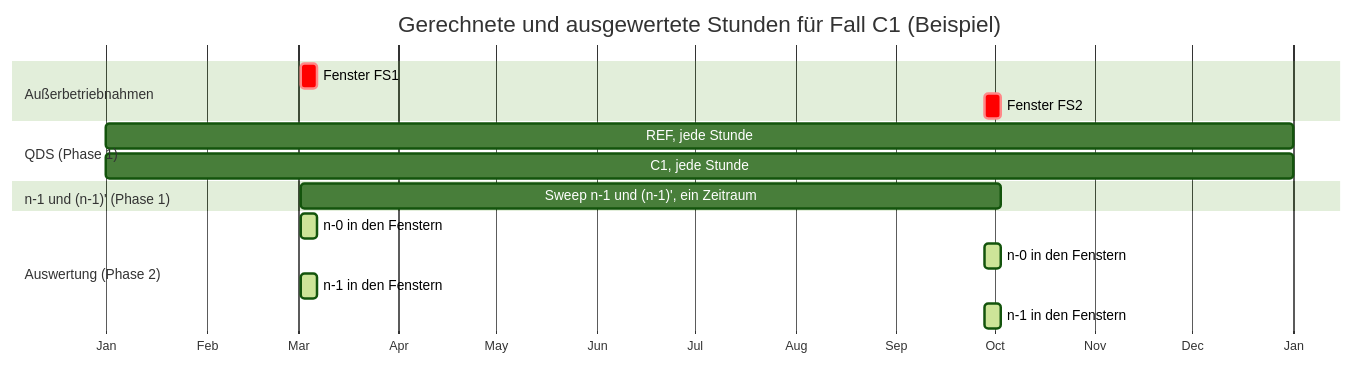
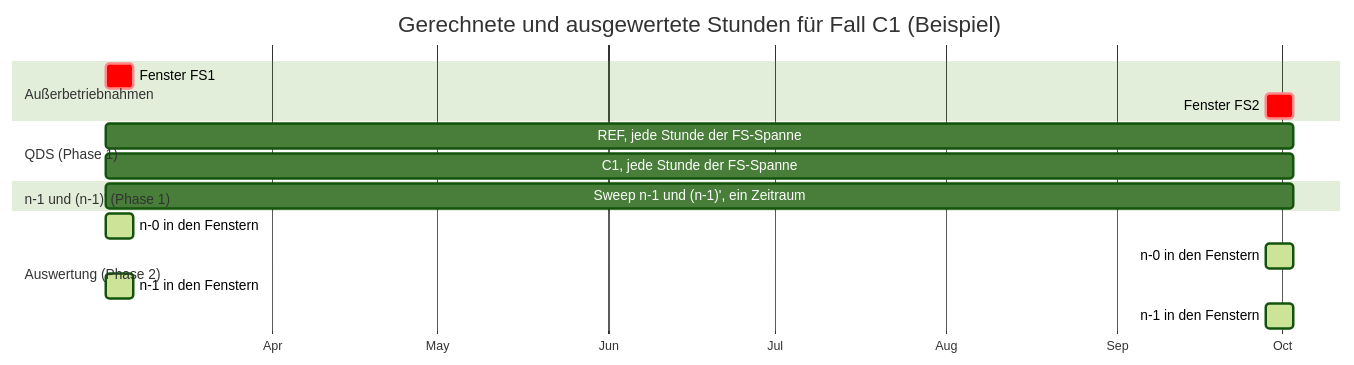
Before and after one commit to hadiibrahim-Engin/GridLensAssessment: the second of 2 diagrams in docs/de/BERECHNUNG_UND_AUSWERTUNG.md, drawn with Mermaid (forest theme). The commit also changed other lines of this file and 11 other files, not shown here.

````diff
--- a/docs/de/BERECHNUNG_UND_AUSWERTUNG.md
+++ b/docs/de/BERECHNUNG_UND_AUSWERTUNG.md
@@ -52,19 +53,19 @@
 ```mermaid
 gantt
     title Gerechnete und ausgewertete Stunden für Fall C1 (Beispiel)
     dateFormat YYYY-MM-DD
     axisFormat %b
     section Außerbetriebnahmen
     Fenster FS1                          :crit, fs1, 2026-03-02, 5d
     Fenster FS2                          :crit, fs2, 2026-09-28, 5d
     section QDS (Phase 1)
-    REF, jede Stunde                     :ref, 2026-01-01, 365d
-    C1, jede Stunde                      :c1, 2026-01-01, 365d
+    REF, jede Stunde der FS-Spanne       :ref, 2026-03-02, 2026-10-03
+    C1, jede Stunde der FS-Spanne        :c1, 2026-03-02, 2026-10-03
     section n-1 und (n-1)' (Phase 1)
     Sweep n-1 und (n-1)', ein Zeitraum   :n1, 2026-03-02, 2026-10-03
     section Auswertung (Phase 2)
     n-0 in den Fenstern                  :active, e1, 2026-03-02, 5d
     n-0 in den Fenstern                  :active, e2, 2026-09-28, 5d
     n-1 in den Fenstern                  :active, e3, 2026-03-02, 5d
     n-1 in den Fenstern                  :active, e4, 2026-09-28, 5d
 ```
````
